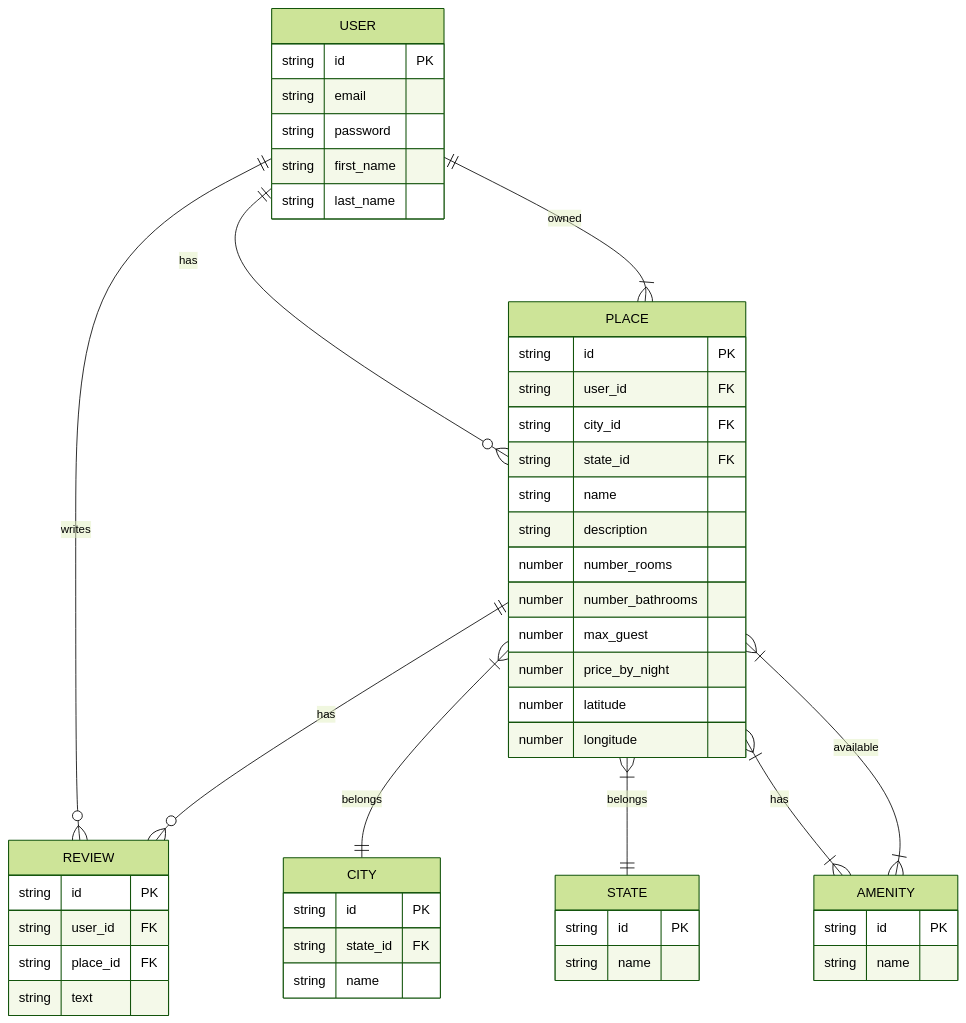
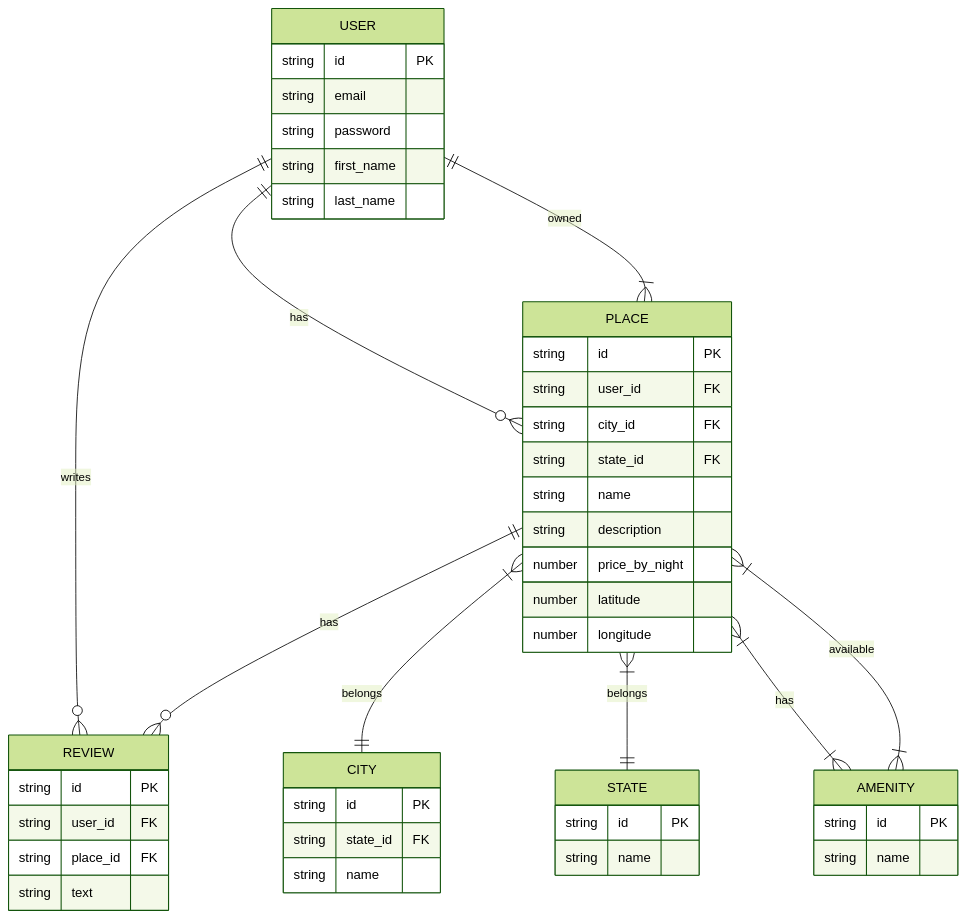
Before and after one commit to smessaoui31/holbertonschool-hbnb: the diagram in part3/ERDIAGRAMS.md, drawn with Mermaid (forest theme). The commit also changed 1 other file, not shown here.

Commit message:
Update diagrams on readme and erdiagrmans.md

````diff
--- a/part3/ERDIAGRAMS.md
+++ b/part3/ERDIAGRAMS.md
@@ -1,58 +1,55 @@
 ```mermaid
 erDiagram
     USER ||--o{ PLACE : "has"
     USER ||--o{ REVIEW : "writes"
     PLACE ||--o{ REVIEW : "has"
     PLACE }|--|| CITY : "belongs"
     PLACE }|--|| STATE : "belongs"
     PLACE }|--|| USER : "owned"
     PLACE }|--|{ AMENITY : "has"
     AMENITY }|--|{ PLACE : "available"
 
     USER {
         string id PK
         string email
         string password
         string first_name
         string last_name
     }
 
     PLACE {
         string id PK
         string user_id FK
         string city_id FK
         string state_id FK
         string name
         string description
-        number number_rooms
-        number number_bathrooms
-        number max_guest
         number price_by_night
         number latitude
         number longitude
     }
 
     REVIEW {
         string id PK
         string user_id FK
         string place_id FK
         string text
     }
 
     CITY {
         string id PK
         string state_id FK
         string name
     }
 
     STATE {
         string id PK
         string name
     }
 
     AMENITY {
         string id PK
         string name
     }
     
 ```
````
